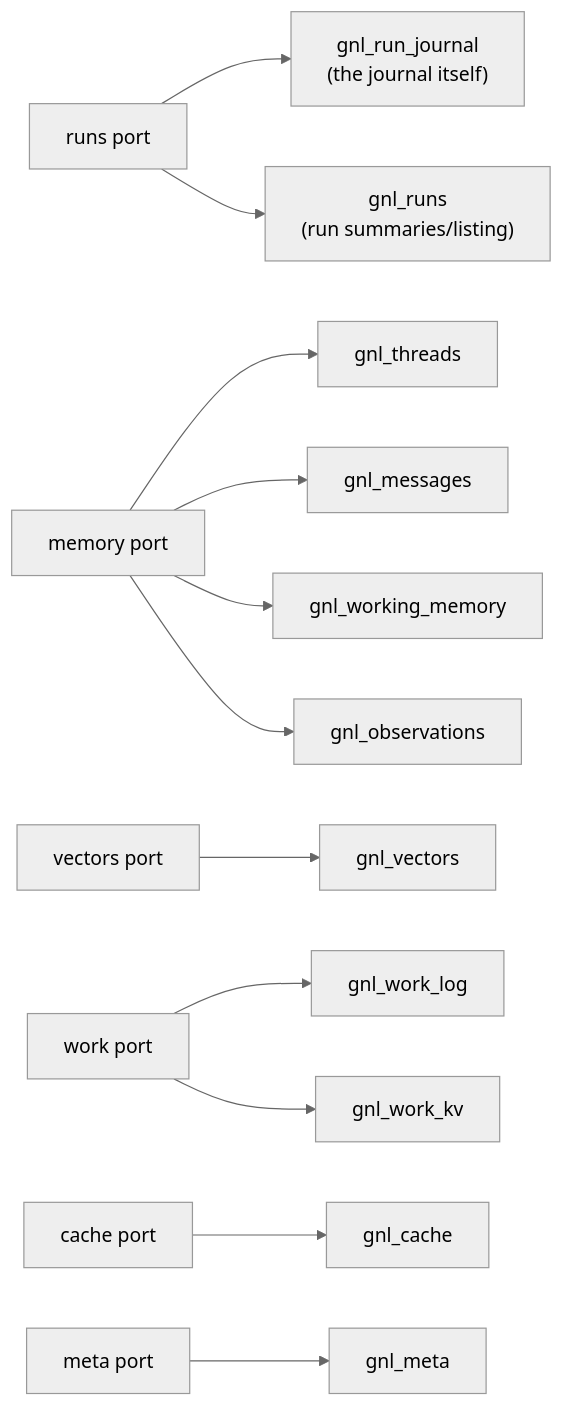
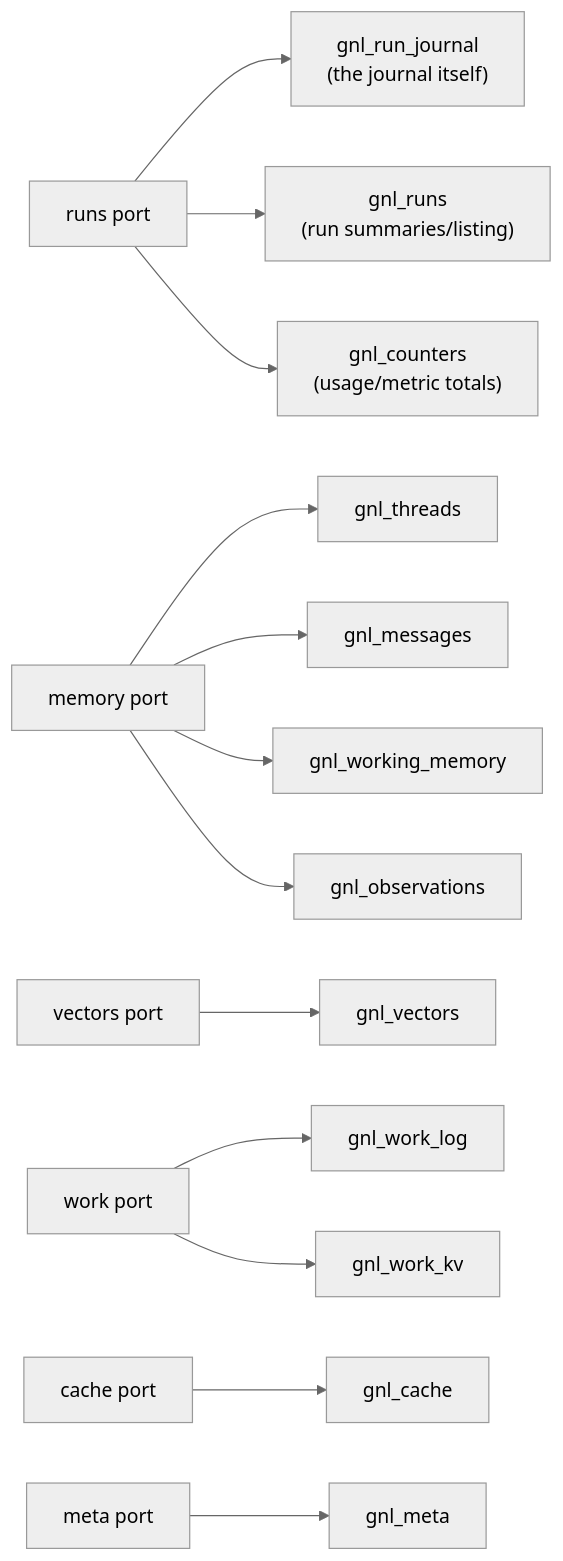
Before and after one commit to Karaca7/gnldev: the third of 10 diagrams in docs/GUIDE.md, drawn with Mermaid (neutral theme). The commit also changed other lines of this file and 51 other files, not shown here.

````diff
--- a/docs/GUIDE.md
+++ b/docs/GUIDE.md
@@ -208,10 +220,11 @@
 ```mermaid
 graph LR
     runs["runs port"] --> T1["gnl_run_journal<br/>(the journal itself)"]
     runs --> T2["gnl_runs<br/>(run summaries/listing)"]
     memory["memory port"] --> T3["gnl_threads"] & T4["gnl_messages"] & T5["gnl_working_memory"] & T6["gnl_observations"]
     vectors["vectors port"] --> T7["gnl_vectors"]
     work["work port"] --> T8["gnl_work_log"] & T9["gnl_work_kv"]
     cache["cache port"] --> T10["gnl_cache"]
     meta["meta port"] --> T11["gnl_meta"]
+    runs --> T12["gnl_counters<br/>(usage/metric totals)"]
 ```
````
